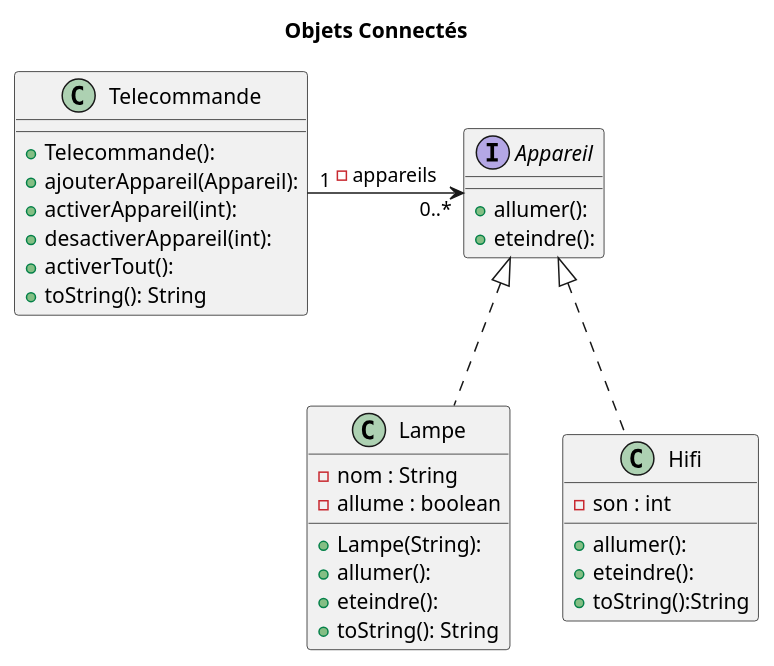
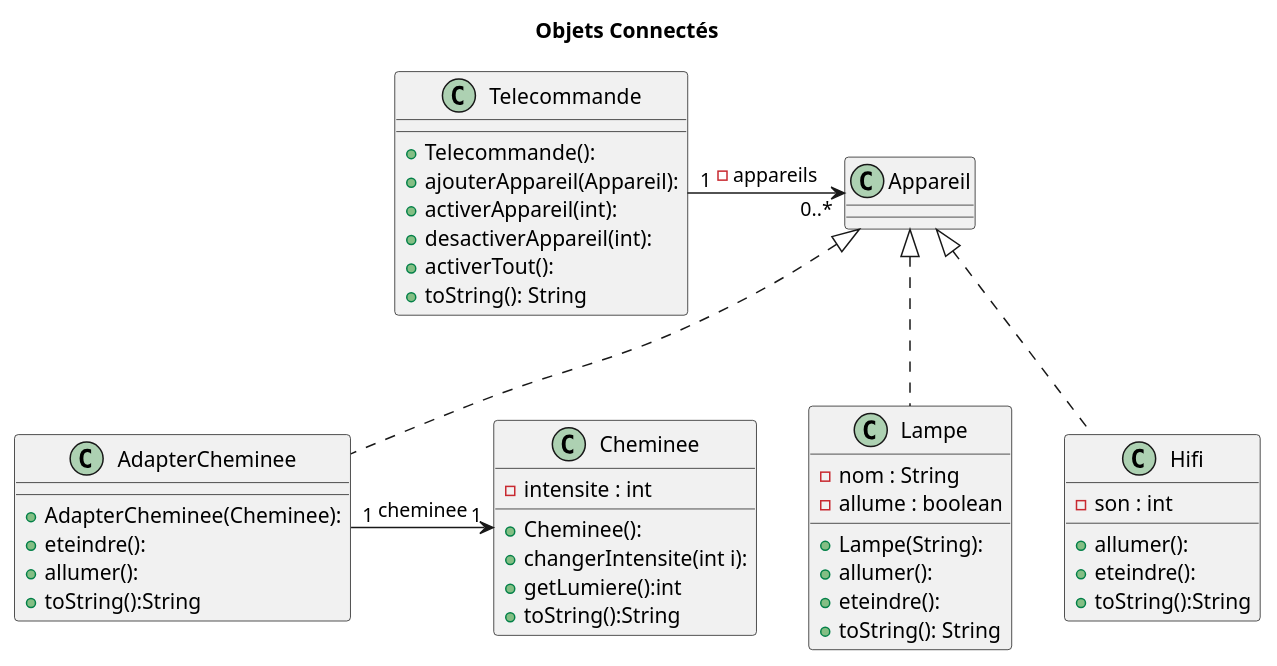
One commit to Stantrh/2016_coo_domotique_loppinet3u_troha2u changed the diagram in PlantUMLAppareil-Q8.puml. Above: the diagram before and after it, drawn with PlantUML. The commit also changed 1 other file, not shown here.

Commit message:
Correction : Changement du nom de la méthode getNbAppareils par getNombre et avancement du diagramme de classe

```diff
--- a/PlantUMLAppareil-Q8.puml
+++ b/PlantUMLAppareil-Q8.puml
@@ -1,41 +1,54 @@
 @startuml
 title Objets Connectés
 
 '''classes
 class Telecommande{
     + Telecommande():
     + ajouterAppareil(Appareil):
     + activerAppareil(int):
     + desactiverAppareil(int):
     + activerTout():
     + toString(): String
 }
 
-interface Appareil{
-    + allumer():
-    + eteindre():
-}
-
 class Lampe{
     - nom : String
     - allume : boolean
-
     + Lampe(String):
     + allumer():
     + eteindre():
     + toString(): String
 }
 
 class Hifi{
     - son : int
-
     + allumer():
     + eteindre():
     + toString():String
 }
 
+class Cheminee{
+    -intensite : int
+    +Cheminee():
+    +changerIntensite(int i):
+    +getLumiere():int
+    +toString():String
+}
+
+class AdapterCheminee{
+    +AdapterCheminee(Cheminee):
+    +eteindre():
+    +allumer():
+    +toString():String
+}
+'''Adapter : c'est un patron de conception qui permet à des objets incompatibles de collaborer.
+'''La classe Adapter emballe les appels à un objet et les mets dans un format reconnaissable par le second objet.
+
+
 '''relations
 Appareil <|.. Lampe
 Appareil <|.. Hifi
+Appareil <|.. AdapterCheminee
 Telecommande "1" -> "0..*" Appareil : - appareils
-@enduml
+AdapterCheminee "1" -> "1" Cheminee : cheminee
+@endu   ml
```
